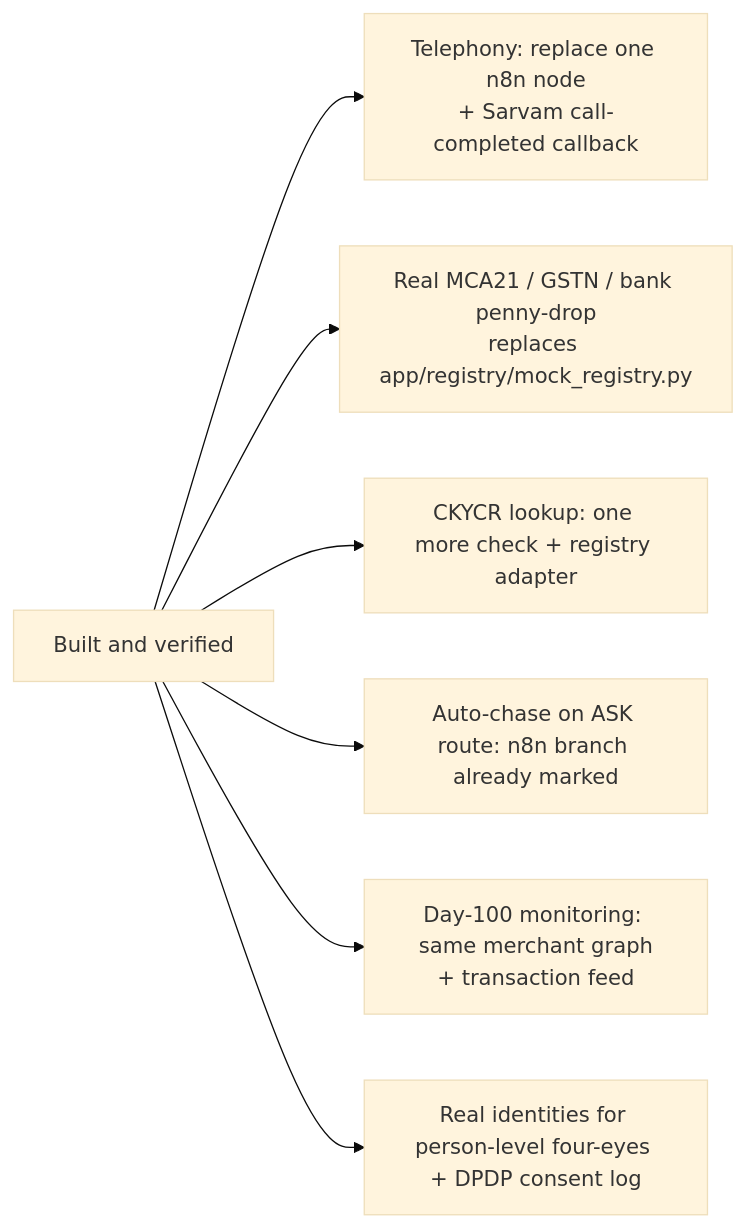
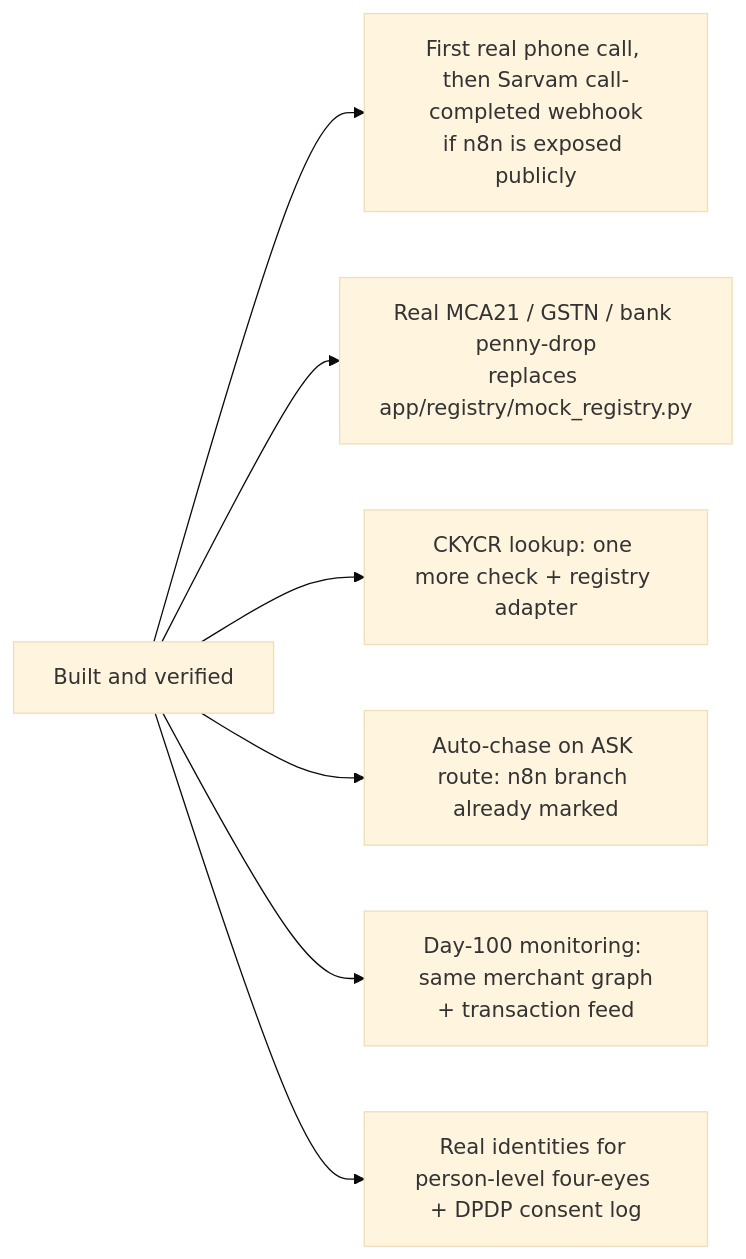
The ninth of 9 diagrams in docs/01_ARCHITECTURE.md (sam22ridhi/workflowkyc), drawn with Mermaid (base theme) before and after one commit. The commit also changed other lines of this file and 27 other files, not shown here.

````diff
--- a/docs/01_ARCHITECTURE.md
+++ b/docs/01_ARCHITECTURE.md
@@ -357,9 +362,9 @@
 ```mermaid
 flowchart LR
-    NOW[Built and verified] --> S1[Telephony: replace one n8n node<br/>+ Sarvam call-completed callback]
+    NOW[Built and verified] --> S1[First real phone call, then Sarvam call-completed webhook<br/>if n8n is exposed publicly]
     NOW --> S2[Real MCA21 / GSTN / bank penny-drop<br/>replaces app/registry/mock_registry.py]
     NOW --> S3[CKYCR lookup: one more check + registry adapter]
     NOW --> S4[Auto-chase on ASK route: n8n branch already marked]
     NOW --> S5[Day-100 monitoring: same merchant graph<br/>+ transaction feed]
     NOW --> S6[Real identities for person-level four-eyes + DPDP consent log]
 ```
````
